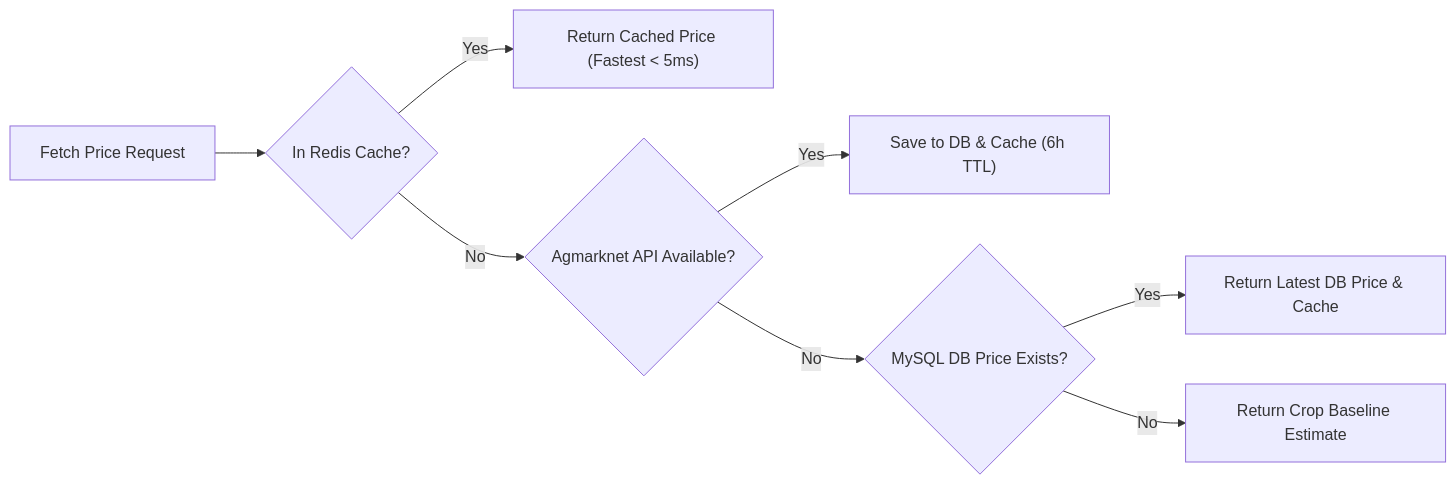
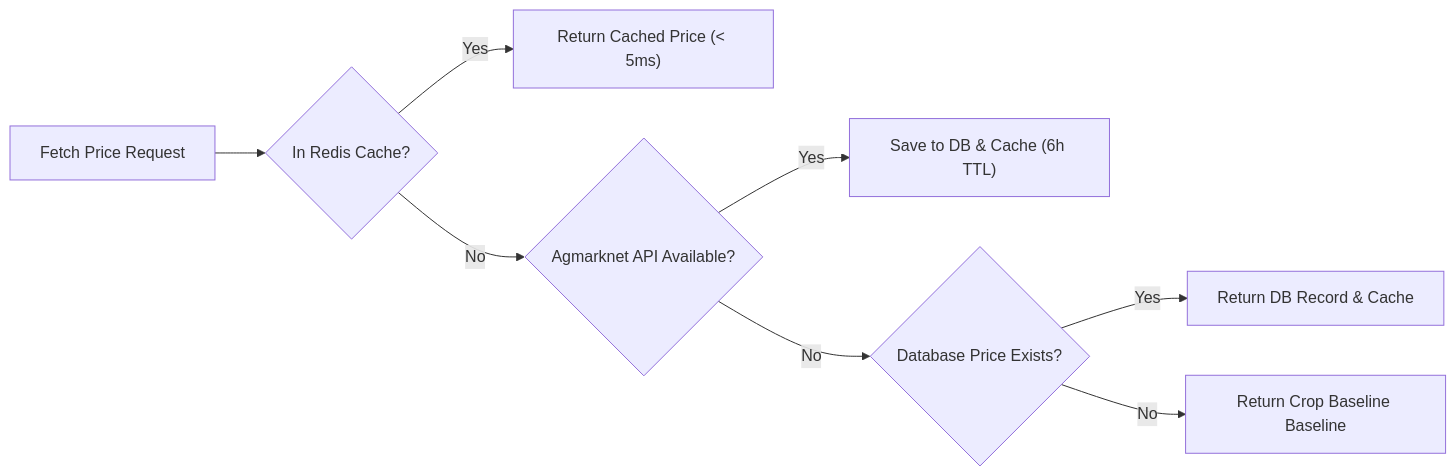
Before and after one commit to devanshrahatal/smart-mandi-selection: the second of 2 diagrams in docs/architecture.md, drawn with Mermaid. The commit also changed other lines of this file and 2 other files, not shown here.

Commit message:
docs: comprehensive update of README, pitch deck, and architecture documentation for SIH Problem Statement 26132

````diff
--- a/docs/architecture.md
+++ b/docs/architecture.md
@@ -88,10 +94,10 @@
 ```mermaid
 graph LR
     REQ["Fetch Price Request"] --> C{In Redis Cache?}
-    C -- Yes --> RET["Return Cached Price (Fastest < 5ms)"]
+    C -- Yes --> RET["Return Cached Price (< 5ms)"]
     C -- No --> API{Agmarknet API Available?}
     API -- Yes --> SAVE["Save to DB & Cache (6h TTL)"]
-    API -- No --> DB{MySQL DB Price Exists?}
-    DB -- Yes --> DBP["Return Latest DB Price & Cache"]
-    DB -- No --> EST["Return Crop Baseline Estimate"]
+    API -- No --> DB{Database Price Exists?}
+    DB -- Yes --> DBP["Return DB Record & Cache"]
+    DB -- No --> EST["Return Crop Baseline Baseline"]
 ```
````
